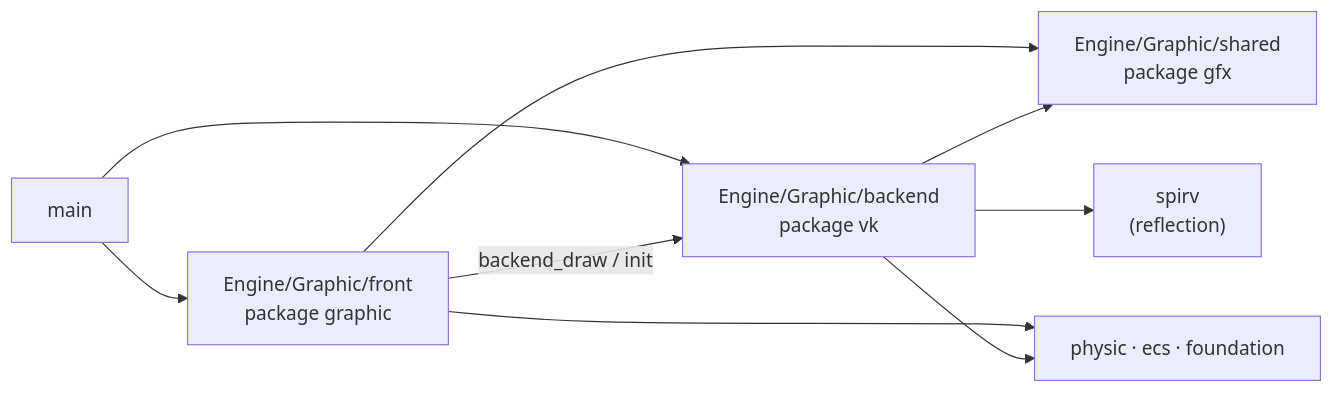
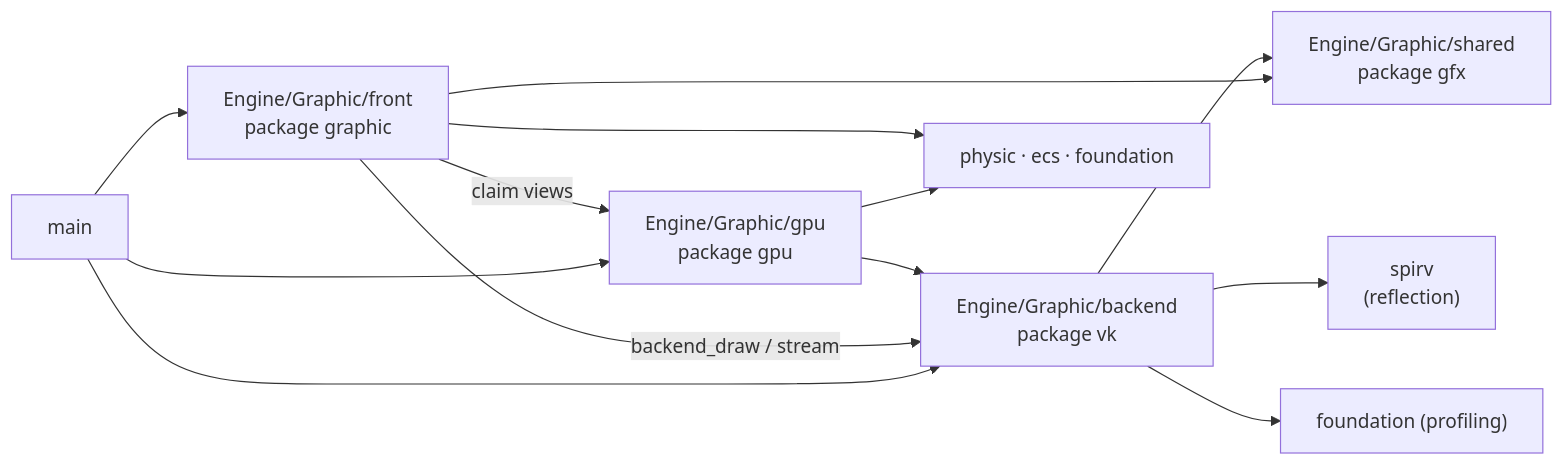
One commit to TanukiConDos/Gravity-Simulator changed the first of 5 diagrams in docs/renderer.md. Above: the diagram before and after it, drawn with Mermaid. The commit also changed other lines of this file and 7 other files, not shown here.

First line of the commit message:
docs: four-package graphics split and the ECS-free backend rule

````diff
--- a/docs/renderer.md
+++ b/docs/renderer.md
@@ -19,11 +22,15 @@
 ```mermaid
 flowchart LR
     main["main"] --> front["Engine/Graphic/front<br/>package graphic"]
     main --> backend["Engine/Graphic/backend<br/>package vk"]
-    front -->|"backend_draw / init"| backend
+    main --> gpu["Engine/Graphic/gpu<br/>package gpu"]
+    front -->|"backend_draw / stream"| backend
+    front -->|"claim views"| gpu
     front --> shared["Engine/Graphic/shared<br/>package gfx"]
+    gpu --> backend
+    gpu --> eng["physic · ecs · foundation"]
     backend --> shared
     backend --> spirv["spirv<br/>(reflection)"]
-    front --> physic["physic · ecs · foundation"]
-    backend --> physic
+    backend --> foundation["foundation (profiling)"]
+    front --> eng
 ```
````
